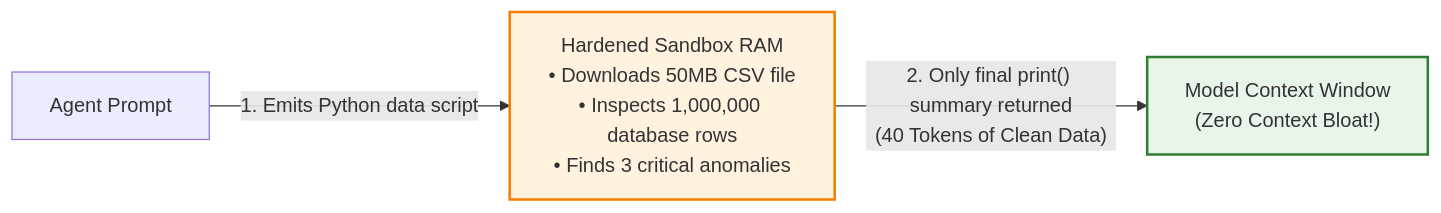
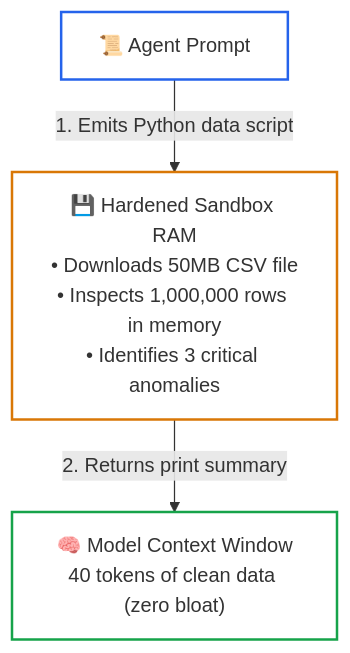
One commit to dip4k/senior-engineer-to-ai-engineer-roadmap changed the fifth of 5 diagrams in 04-agentic-systems-and-orchestration/06-codeact-and-sandboxed-execution-runtimes.md. Above: the diagram before and after it, drawn with Mermaid. The commit also changed other lines of this file and 94 other files, not shown here.

Commit message:
refactor(curriculum): complete Phase 04 upgrade and enforce diagram renderer invariants

````diff
--- a/04-agentic-systems-and-orchestration/06-codeact-and-sandboxed-execution-runtimes.md
+++ b/04-agentic-systems-and-orchestration/06-codeact-and-sandboxed-execution-runtimes.md
@@ -209,9 +239,10 @@
 ```mermaid
-flowchart LR
-    classDef sand fill:#fff3e0,stroke:#f57c00,stroke-width:2px;
-    classDef ctx fill:#e8f5e9,stroke:#2e7d32,stroke-width:2px;
+flowchart TD
+    Prompt["📜 Agent Prompt"] -->|"1. Emits Python data script"| Box["💾 Hardened Sandbox RAM<br/>• Downloads 50MB CSV file<br/>• Inspects 1,000,000 rows in memory<br/>• Identifies 3 critical anomalies"]
+    
+    Box -->|"2. Returns print summary"| Ctx["🧠 Model Context Window<br/>40 tokens of clean data (zero bloat)"]
 
-    Prompt["Agent Prompt"] -->|"1. Emits Python data script"| Box["Hardened Sandbox RAM\n• Downloads 50MB CSV file\n• Inspects 1,000,000 database rows\n• Finds 3 critical anomalies"]:::sand
-    
-    Box -->|"2. Only final print() summary returned\n(40 Tokens of Clean Data)"| Ctx["Model Context Window\n(Zero Context Bloat!)"]:::ctx
+    style Prompt stroke:#2563eb,stroke-width:2px,fill:none
+    style Box stroke:#d97706,stroke-width:2px,fill:none
+    style Ctx stroke:#16a34a,stroke-width:2px,fill:none
 ```
````
